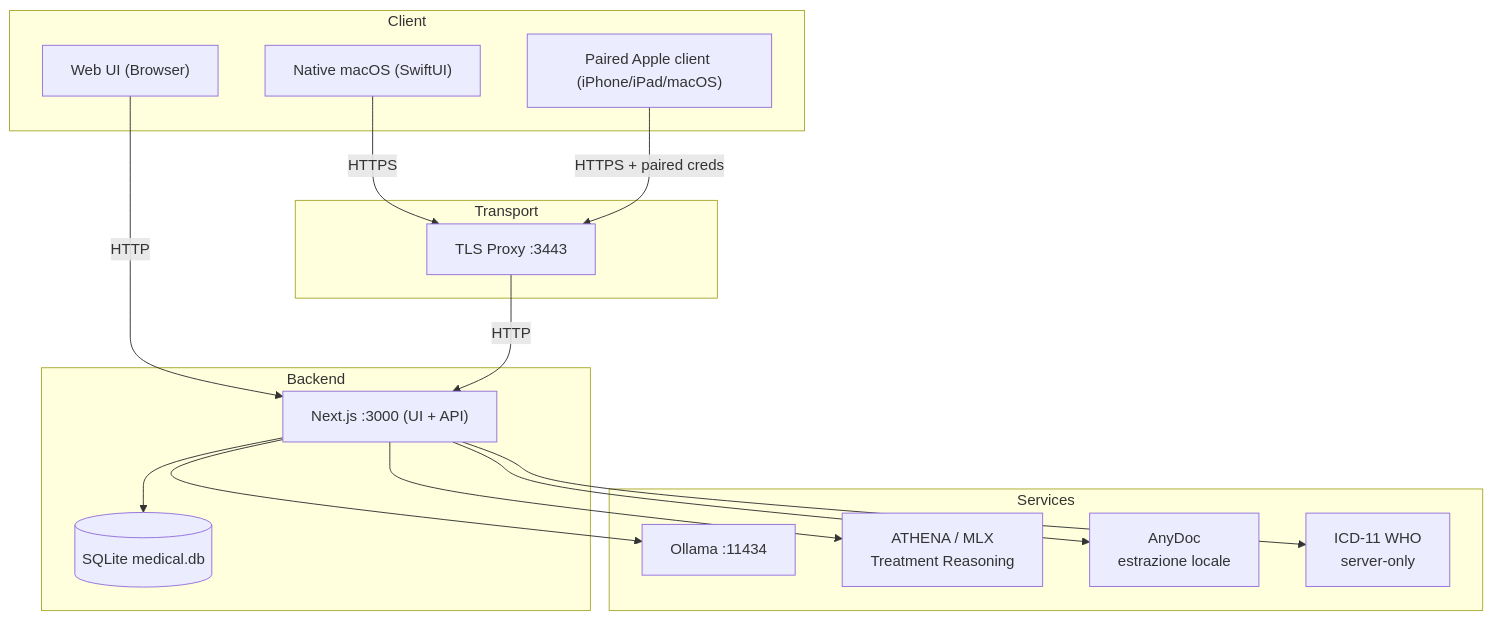
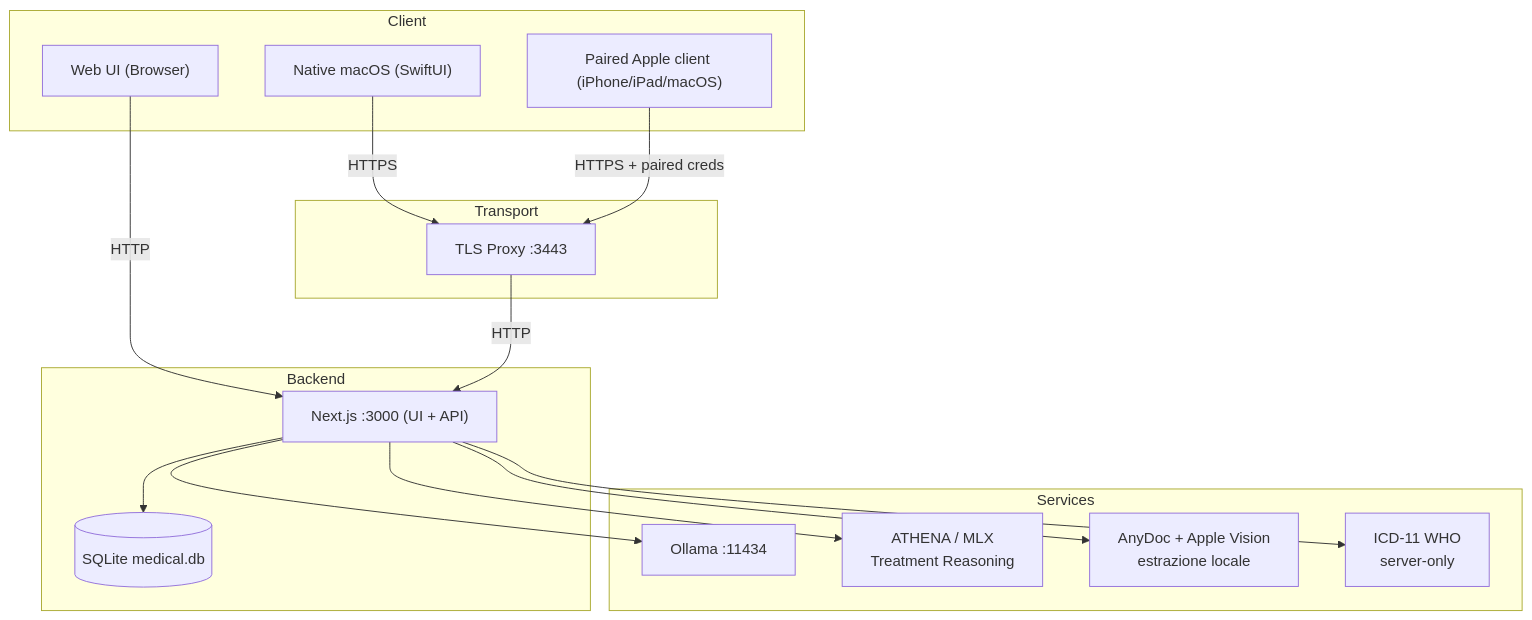
The diagram in ARCHITECTURE.md (Wulfgardr/mediflow), drawn with Mermaid before and after one commit. The commit also changed other lines of this file and 7 other files, not shown here.

````diff
--- a/ARCHITECTURE.md
+++ b/ARCHITECTURE.md
@@ -230,34 +233,34 @@
 ```mermaid
 flowchart TB
   subgraph "Client"
     Web["Web UI (Browser)"]
     Mac["Native macOS (SwiftUI)"]
     Peer["Paired Apple client (iPhone/iPad/macOS)"]
   end
 
   subgraph "Transport"
     TLS["TLS Proxy :3443"]
   end
 
   subgraph "Backend"
     Next["Next.js :3000 (UI + API)"]
     DB[("SQLite medical.db")]
   end
 
   subgraph "Services"
     Ollama["Ollama :11434"]
     Athena["ATHENA / MLX<br/>Treatment Reasoning"]
-    AnyDoc["AnyDoc<br/>estrazione locale"]
+    AnyDoc["AnyDoc + Apple Vision<br/>estrazione locale"]
     ICD["ICD-11 WHO<br/>server-only"]
   end
 
   Web -->|HTTP| Next
   Mac -->|HTTPS| TLS -->|HTTP| Next
   Peer -->|HTTPS + paired creds| TLS
 
   Next --> DB
   Next --> Ollama
   Next --> Athena
   Next --> AnyDoc
   Next --> ICD
 ```
````
